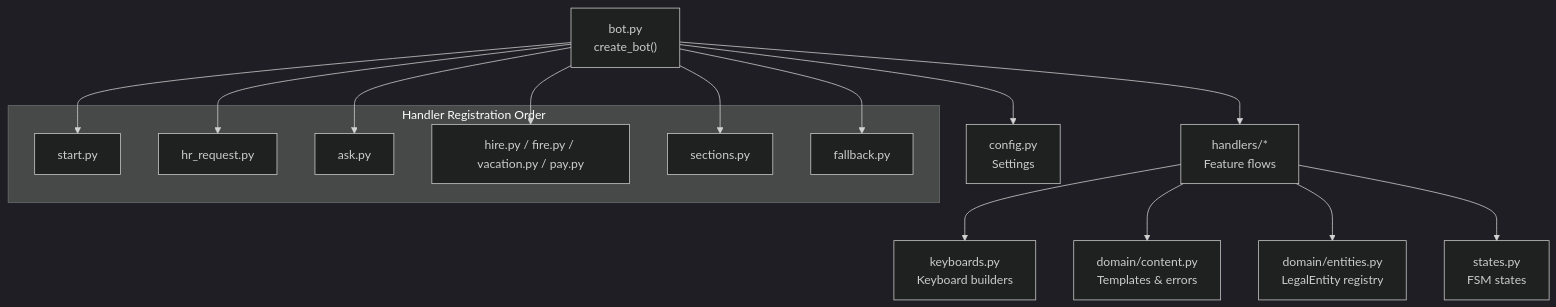
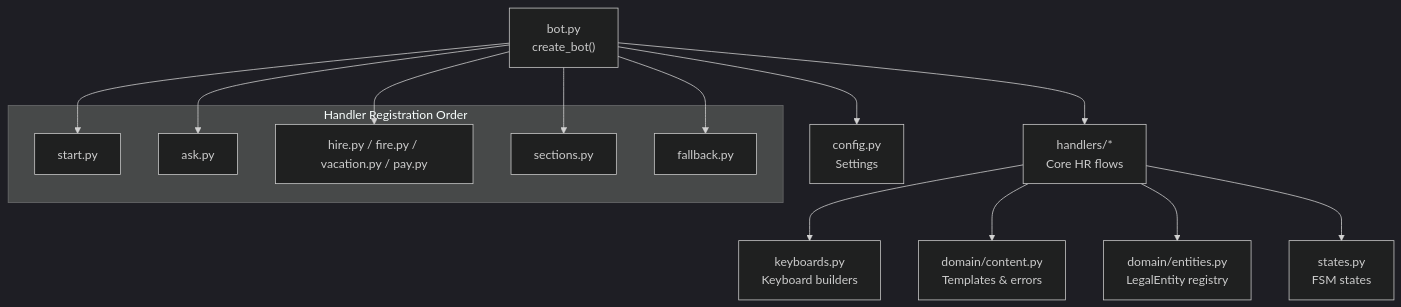
Before and after one commit to ognelis/cafetera_hr_bot: the second of 14 diagrams in .qoder/repowiki/en/content/VK Integration/Employment Lifecycle Management.md, drawn with Mermaid (dark theme). The commit also changed other lines of this file and 16 other files, not shown here.

````diff
--- a/.qoder/repowiki/en/content/VK Integration/Employment Lifecycle Management.md
+++ b/.qoder/repowiki/en/content/VK Integration/Employment Lifecycle Management.md
@@ -107,23 +116,21 @@
 ```mermaid
 graph TB
-A["bot.py<br/>create_bot()"] --> B["handlers/*<br/>Feature flows"]
+A["bot.py<br/>create_bot()"] --> B["handlers/*<br/>Core HR flows"]
 B --> C["keyboards.py<br/>Keyboard builders"]
 B --> D["domain/content.py<br/>Templates & errors"]
 B --> E["domain/entities.py<br/>LegalEntity registry"]
 B --> F["states.py<br/>FSM states"]
 A --> G["config.py<br/>Settings"]
 subgraph "Handler Registration Order"
 O1["start.py"]
-O2["hr_request.py"]
-O3["ask.py"]
-O4["hire.py / fire.py / vacation.py / pay.py"]
-O5["sections.py"]
-O6["fallback.py"]
+O2["ask.py"]
+O3["hire.py / fire.py / vacation.py / pay.py"]
+O4["sections.py"]
+O5["fallback.py"]
 end
 A --> O1
 A --> O2
 A --> O3
 A --> O4
 A --> O5
-A --> O6
 ```
````
